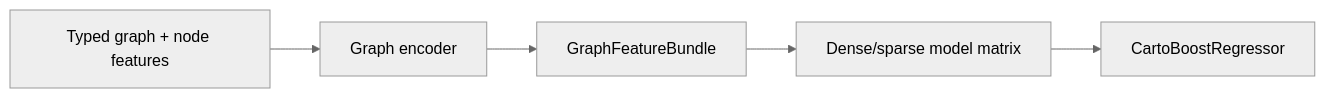
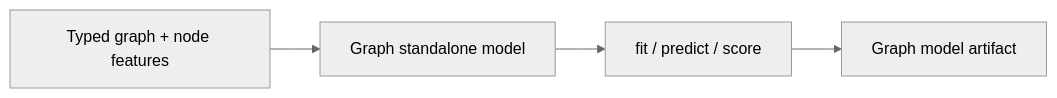
The first of 2 diagrams in docs/graph-features.md (albrmar/cartoboost), drawn with Mermaid (neutral theme) before and after one commit. The commit also changed other lines of this file and 4 other files, not shown here.

Commit message:
Document standalone graph and neural usage

````diff
--- a/docs/graph-features.md
+++ b/docs/graph-features.md
@@ -23,7 +29,6 @@
 ```mermaid
 flowchart LR
-    A["Typed graph + node features"] --> B["Graph encoder"]
-    B --> C["GraphFeatureBundle"]
-    C --> D["Dense/sparse model matrix"]
-    D --> E["CartoBoostRegressor"]
+    A["Typed graph + node features"] --> B["Graph standalone model"]
+    B --> C["fit / predict / score"]
+    C --> D["Graph model artifact"]
 ```
````
